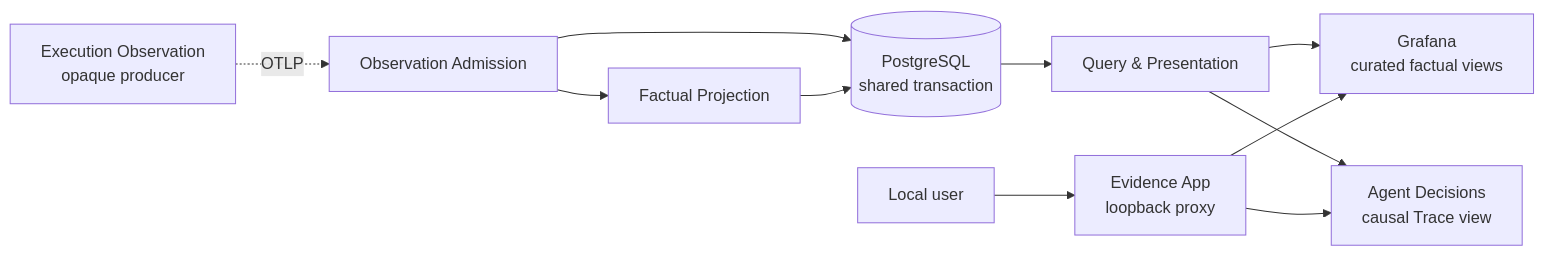
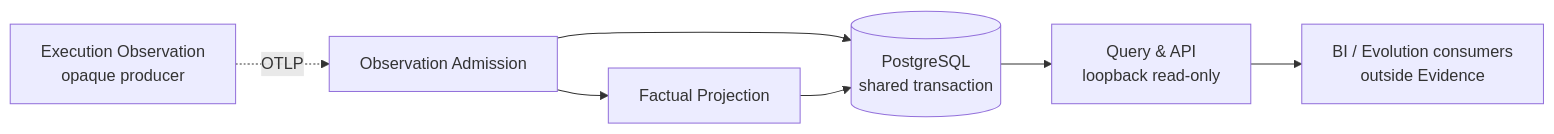
One commit to firestige/workflow-self-recursive changed the first of 2 diagrams in docs/systems/evidence/evidence-system.md. Above: the diagram before and after it, drawn with Mermaid. The commit also changed other lines of this file and 3 other files, not shown here.

````diff
--- a/docs/systems/evidence/evidence-system.md
+++ b/docs/systems/evidence/evidence-system.md
@@ -69,13 +69,9 @@
 ```mermaid
 flowchart LR
     O["Execution Observation<br/>opaque producer"] -. "OTLP" .-> A["Observation Admission"]
     A --> F["Factual Projection"]
     A --> P[("PostgreSQL<br/>shared transaction")]
     F --> P
-    P --> Q["Query & Presentation"]
-    Q --> G["Grafana<br/>curated factual views"]
-    Q --> D["Agent Decisions<br/>causal Trace view"]
-    U["Local user"] --> X["Evidence App<br/>loopback proxy"]
-    X --> G
-    X --> D
+    P --> Q["Query & API<br/>loopback read-only"]
+    Q --> B["BI / Evolution consumers<br/>outside Evidence"]
 ```
````
